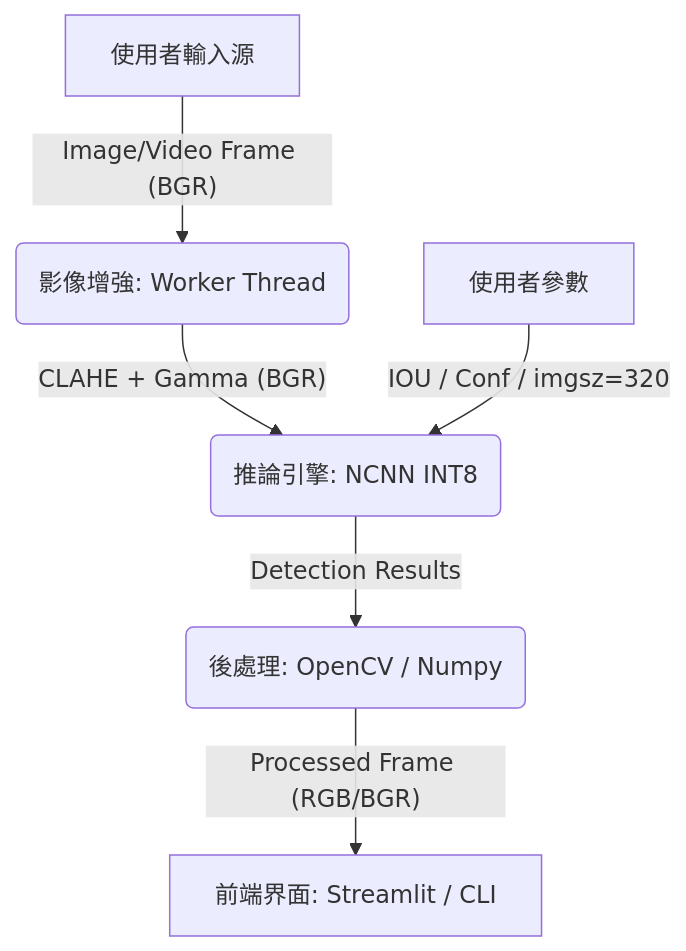
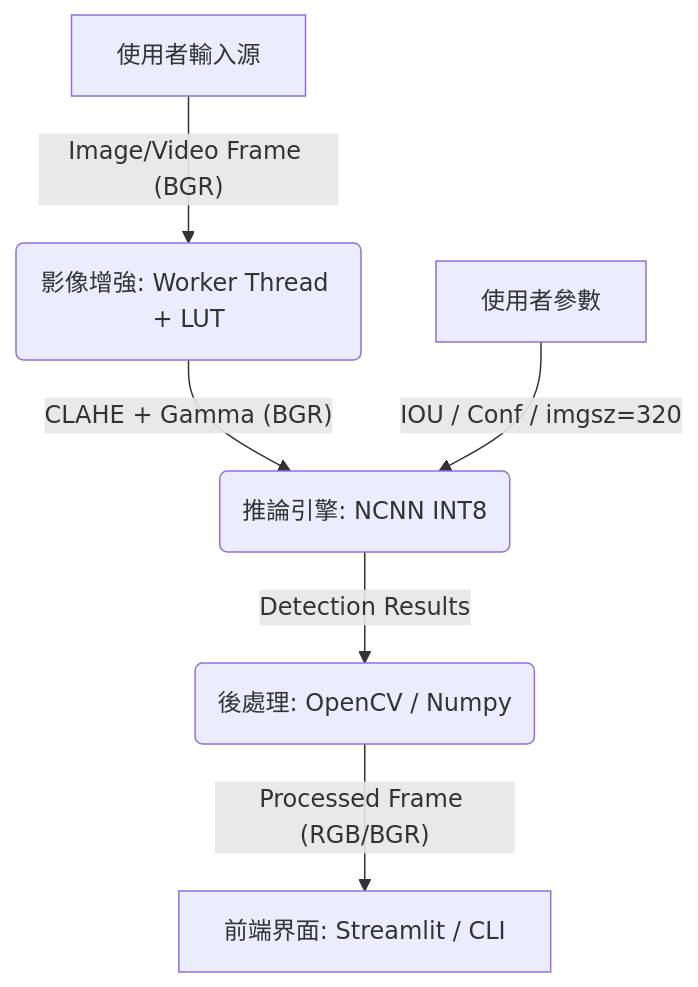
One commit to hank921109/114-2-Fire_Smoke_Detection changed the second of 3 diagrams in README.md. Above: the diagram before and after it, drawn with Mermaid. The commit also changed other lines of this file and 1 other file, not shown here.

Commit message:
perf: pre-calculate Gamma LUT and update README diagrams

````diff
--- a/README.md
+++ b/README.md
@@ -87,8 +87,8 @@
 ```mermaid
 graph TD
-    A[使用者輸入源] -- "Image/Video Frame (BGR)" --> B(影像增強: Worker Thread)
+    A[使用者輸入源] -- "Image/Video Frame (BGR)" --> B(影像增強: Worker Thread + LUT)
     B -- "CLAHE + Gamma (BGR)" --> C(推論引擎: NCNN INT8)
     P[使用者參數] -- "IOU / Conf / imgsz=320" --> C
     C -- "Detection Results" --> D(後處理: OpenCV / Numpy)
     D -- "Processed Frame (RGB/BGR)" --> E[前端界面: Streamlit / CLI]
 ```
````
